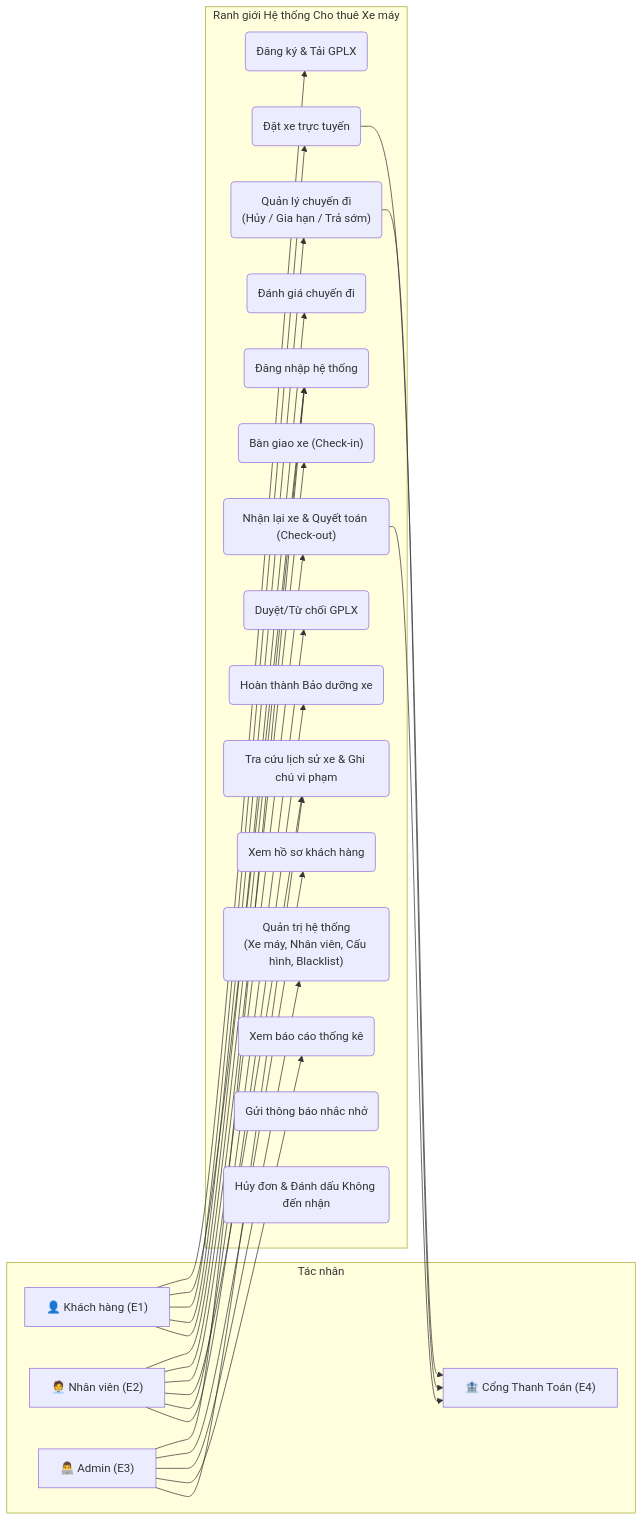
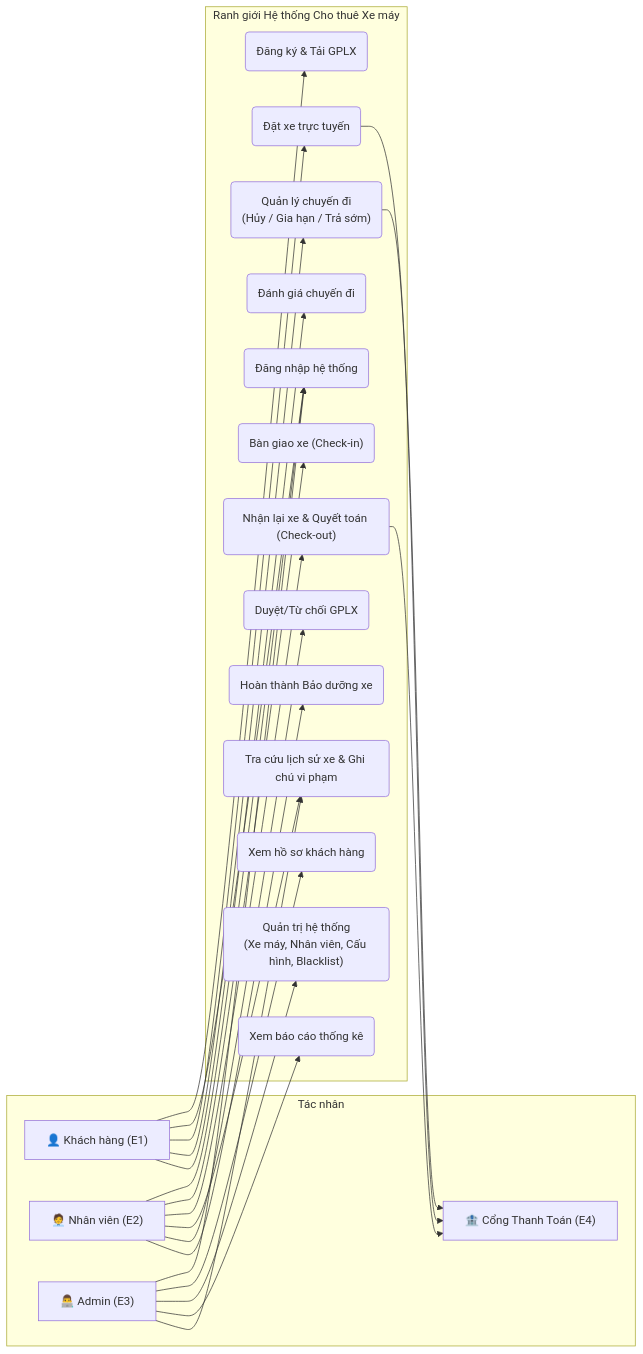
Before and after one commit to Vqd2k6/SAD-UTH: the first of 3 diagrams in docs/use-case-diagrams.md, drawn with Mermaid. The commit also changed other lines of this file and 1 other file, not shown here.

Commit message:
remove automatic use cases from diagrams

````diff
--- a/docs/use-case-diagrams.md
+++ b/docs/use-case-diagrams.md
@@ -24,66 +24,62 @@
 ```mermaid
 graph LR
     %% Actors
     subgraph Actors [Tác nhân]
         E1["👤 Khách hàng (E1)"]
         E2["🧑‍💼 Nhân viên (E2)"]
         E3["👨‍💻 Admin (E3)"]
         E4["🏦 Cổng Thanh Toán (E4)"]
     end
 
     %% System Boundary
     subgraph System [Ranh giới Hệ thống Cho thuê Xe máy]
         %% Common
         UC_Auth("Đăng nhập hệ thống")
 
         %% Customer Core
         UC_Reg("Đăng ký & Tải GPLX")
         UC_Book("Đặt xe trực tuyến")
         UC_TripMgmt("Quản lý chuyến đi<br/>(Hủy / Gia hạn / Trả sớm)")
         UC_Rate("Đánh giá chuyến đi")
 
         %% Staff Core
         UC_Checkin("Bàn giao xe (Check-in)")
         UC_Checkout("Nhận lại xe & Quyết toán (Check-out)")
         UC_History("Tra cứu lịch sử xe & Ghi chú vi phạm")
         UC_ApproveGPLX("Duyệt/Từ chối GPLX")
         UC_Maintenance("Hoàn thành Bảo dưỡng xe")
 
         %% Admin Core
         UC_ReviewCustomer("Xem hồ sơ khách hàng")
         UC_SysAdmin("Quản trị hệ thống<br/>(Xe máy, Nhân viên, Cấu hình, Blacklist)")
         UC_Report("Xem báo cáo thống kê")
-        
-        %% Auto Core
-        UC_Remind("Gửi thông báo nhắc nhở")
-        UC_CancelAuto("Hủy đơn & Đánh dấu Không đến nhận")
     end
 
     %% Relationships - Customer
     E1 --> UC_Reg
     E1 --> UC_Auth
     E1 --> UC_Book
     E1 --> UC_TripMgmt
     E1 --> UC_Rate
 
     %% Relationships - Staff
     E2 --> UC_Auth
     E2 --> UC_Checkin
     E2 --> UC_Checkout
     E2 --> UC_History
     E2 --> UC_ApproveGPLX
     E2 --> UC_Maintenance
 
     %% Relationships - Admin
     E3 --> UC_Auth
     E3 --> UC_ReviewCustomer
     E3 --> UC_SysAdmin
     E3 --> UC_Report
     E3 --> UC_History
 
 
     %% Supporting Connections
     UC_Book --> E4
     UC_TripMgmt --> E4
     UC_Checkout --> E4
 ```
````
